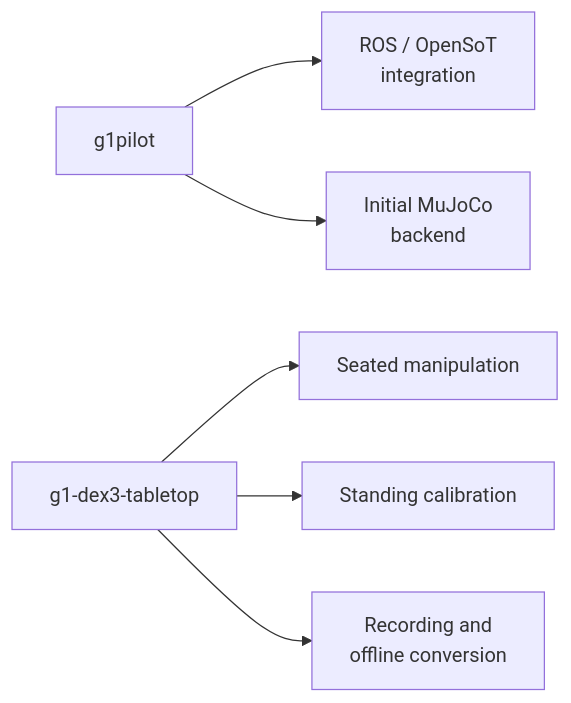
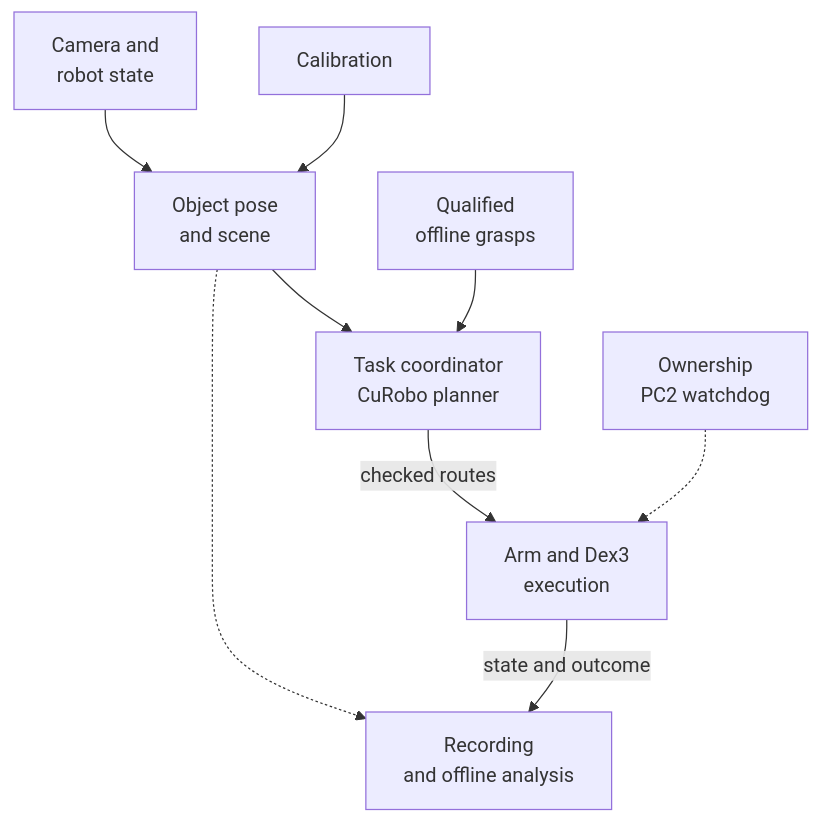
Before and after one commit to sri299792458/g1-research-docs: the diagram in docs/start/overview.md, drawn with Mermaid. The commit also changed other lines of this file and 11 other files, not shown here.

````diff
--- a/docs/start/overview.md
+++ b/docs/start/overview.md
@@ -7,10 +7,13 @@
 ```mermaid
-flowchart LR
-  accTitle: Choose the implementation path
-  accDescr: G1Pilot provides early ROS integration and a separate MuJoCo backend. The tabletop repository provides seated manipulation, standing calibration and offline recording conversion. Each path has its own environment and validation boundary.
-  G["g1pilot"] --> R["ROS / OpenSoT<br/>integration"]
-  G --> M["Initial MuJoCo<br/>backend"]
-  T["g1-dex3-tabletop"] --> S["Seated manipulation"]
-  T --> C["Standing calibration"]
-  T --> D["Recording and<br/>offline conversion"]
+flowchart TB
+  accTitle: G1 manipulation pipeline and supporting interfaces
+  accDescr: Camera images and robot state combine with a calibration bundle to produce the scene. The scene and qualified offline grasps feed task planning. Validated routes enter execution under ownership and watchdog control. Observations, commands and outcomes are recorded for offline analysis.
+  I["Camera and<br/>robot state"] --> O["Object pose<br/>and scene"]
+  C["Calibration"] --> O
+  O --> P["Task coordinator<br/>CuRobo planner"]
+  G["Qualified<br/>offline grasps"] --> P
+  P -->|checked routes| E["Arm and Dex3<br/>execution"]
+  W["Ownership<br/>PC2 watchdog"] -.-> E
+  O -.-> R["Recording<br/>and offline analysis"]
+  E -->|state and outcome| R
 ```
````
